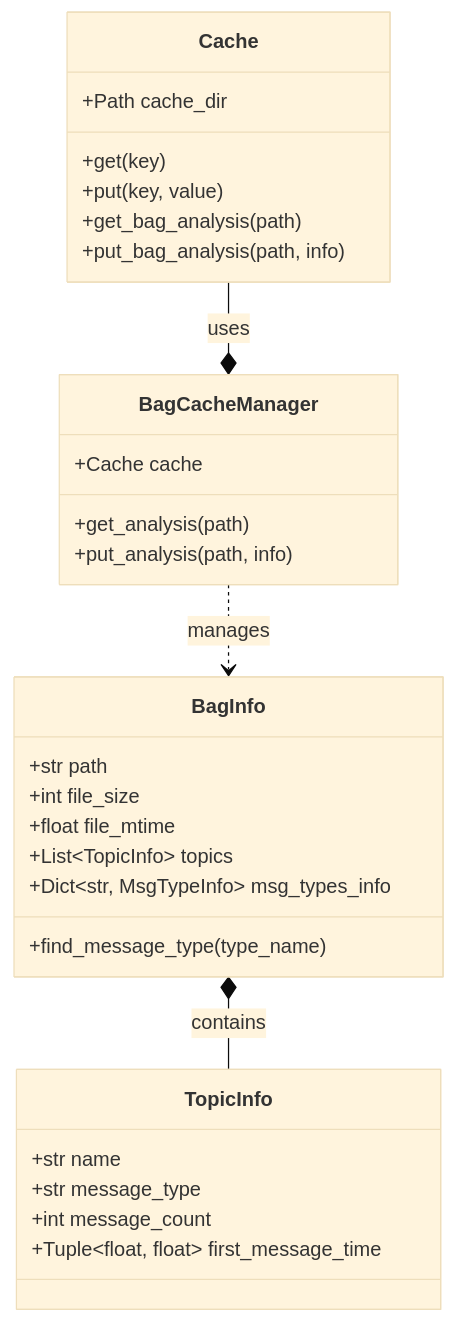
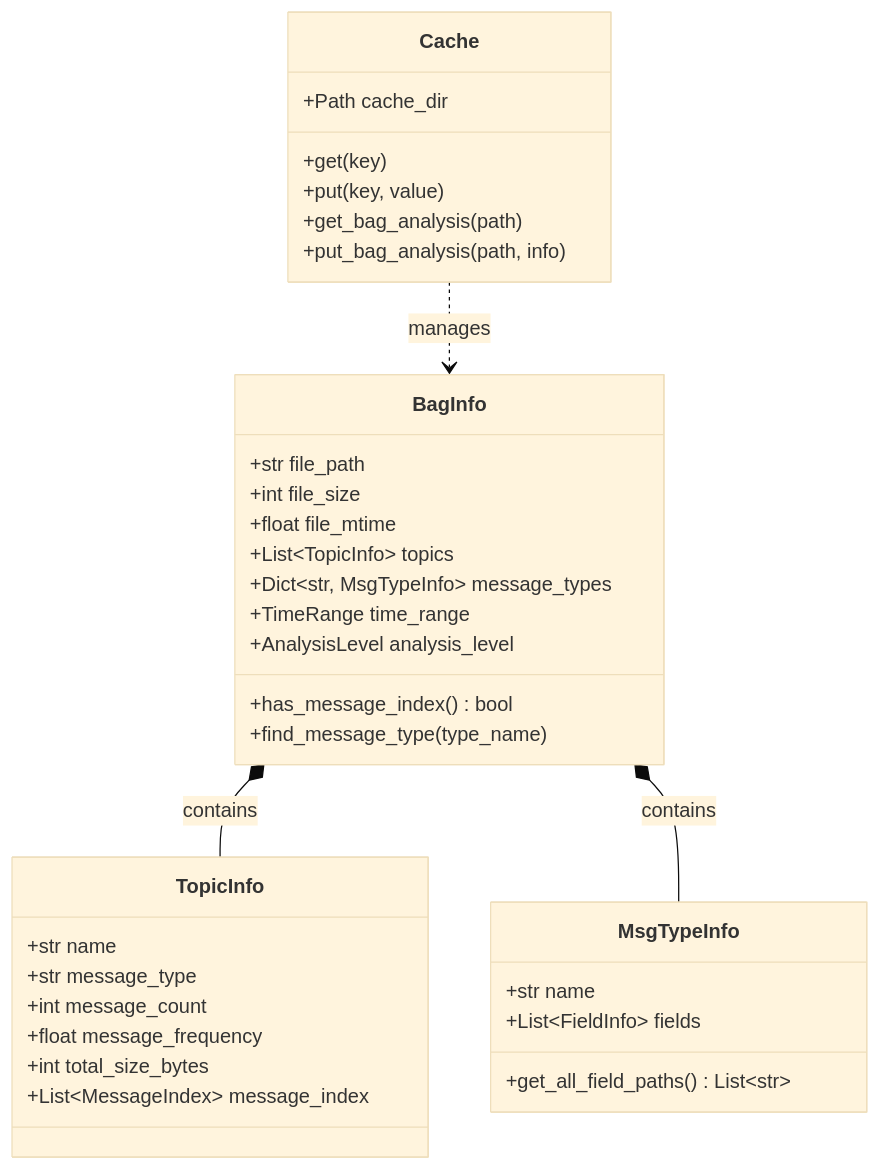
Before and after one commit to hanxiaomax/rose: the first of 7 diagrams in docs/design.md, drawn with Mermaid (base theme). The commit also changed other lines of this file and 5 other files, not shown here.

````diff
--- a/docs/design.md
+++ b/docs/design.md
@@ -11,36 +9,41 @@
 ```mermaid
 classDiagram
     class BagInfo {
-        +str path
+        +str file_path
         +int file_size
         +float file_mtime
         +List~TopicInfo~ topics
-        +Dict~str, MsgTypeInfo~ msg_types_info
+        +Dict~str, MsgTypeInfo~ message_types
+        +TimeRange time_range
+        +AnalysisLevel analysis_level
+        +has_message_index() bool
         +find_message_type(type_name)
     }
 
     class TopicInfo {
         +str name
         +str message_type
         +int message_count
-        +Tuple~float, float~ first_message_time
+        +float message_frequency
+        +int total_size_bytes
+        +List~MessageIndex~ message_index
+    }
+
+    class MsgTypeInfo {
+        +str name
+        +List~FieldInfo~ fields
+        +get_all_field_paths() List~str~
     }
 
     class Cache {
         +Path cache_dir
         +get(key)
         +put(key, value)
         +get_bag_analysis(path)
         +put_bag_analysis(path, info)
     }
 
-    class BagCacheManager {
-        +Cache cache
-        +get_analysis(path)
-        +put_analysis(path, info)
-    }
-
-    Cache --* BagCacheManager : uses
-    BagCacheManager ..> BagInfo : manages
     BagInfo *-- TopicInfo : contains
+    BagInfo *-- MsgTypeInfo : contains
+    Cache ..> BagInfo : manages
 ```
````
